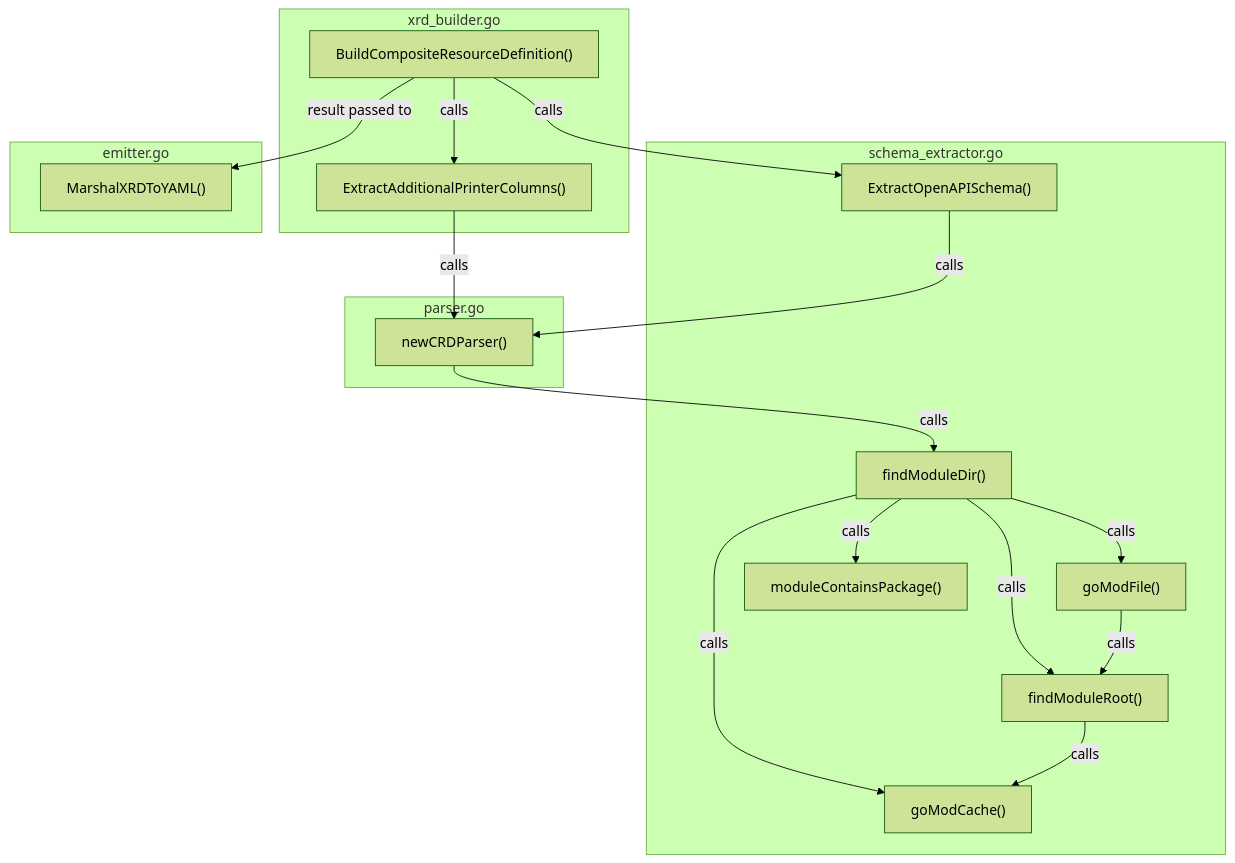
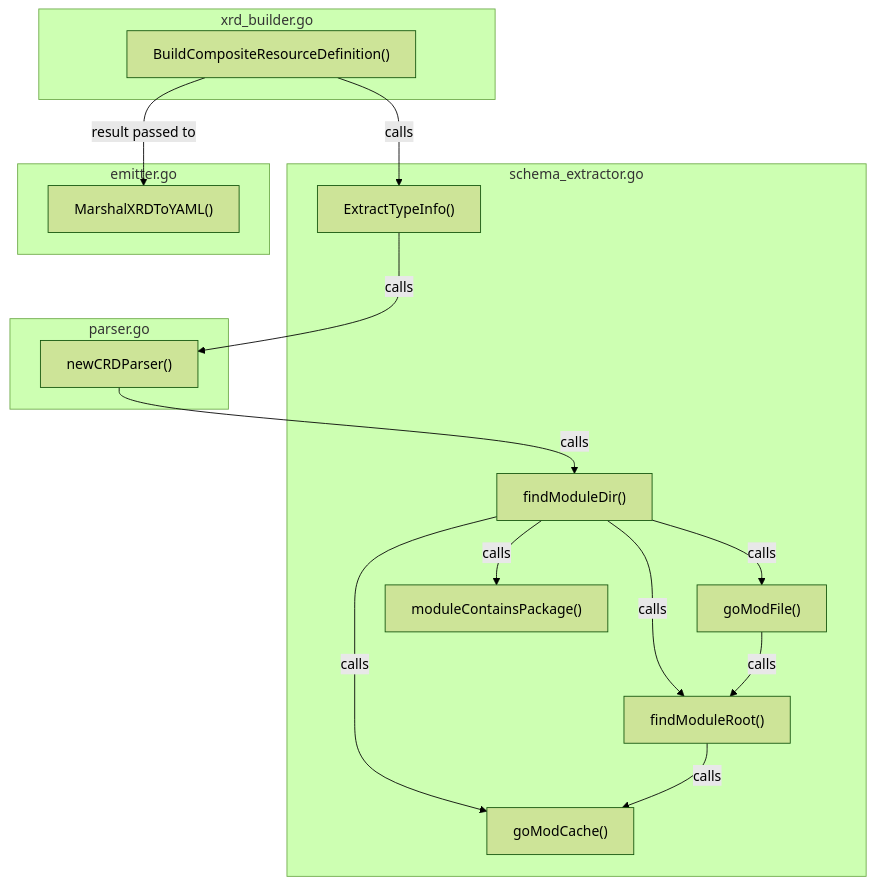
Before and after one commit to rezakaramad/xp-kit: the diagram in modules/generator/architecture.md, drawn with Mermaid (forest theme). The commit also changed 3 other files, not shown here.

Commit message:
Add AdditionalPrinterColumn

````diff
--- a/modules/generator/architecture.md
+++ b/modules/generator/architecture.md
@@ -3,41 +3,38 @@
 ```mermaid
 graph TD
     subgraph xrd_builder.go
         BuildCRD["BuildCompositeResourceDefinition()"]
-        ExtractPrinter["ExtractAdditionalPrinterColumns()"]
     end
 
     subgraph schema_extractor.go
-        ExtractSchema["ExtractOpenAPISchema()"]
+        ExtractTypeInfo["ExtractTypeInfo()"]
         findModuleDir["findModuleDir()"]
         findModuleRoot["findModuleRoot()"]
         goModCache["goModCache()"]
         goModFile["goModFile()"]
         moduleContains["moduleContainsPackage()"]
     end
 
     subgraph parser.go
         newCRDParser["newCRDParser()"]
     end
 
     subgraph emitter.go
         MarshalYAML["MarshalXRDToYAML()"]
     end
 
-    BuildCRD -->|"calls"| ExtractSchema
-    BuildCRD -->|"calls"| ExtractPrinter
+    BuildCRD -->|"calls"| ExtractTypeInfo
     BuildCRD -->|"result passed to"| MarshalYAML
 
-    ExtractSchema -->|"calls"| newCRDParser
-    ExtractPrinter -->|"calls"| newCRDParser
+    ExtractTypeInfo -->|"calls"| newCRDParser
 
     newCRDParser -->|"calls"| findModuleDir
 
     findModuleDir -->|"calls"| findModuleRoot
     findModuleDir -->|"calls"| goModCache
     findModuleDir -->|"calls"| goModFile
     findModuleDir -->|"calls"| moduleContains
 
     findModuleRoot -->|"calls"| goModCache
     goModFile -->|"calls"| findModuleRoot
 ```
````
